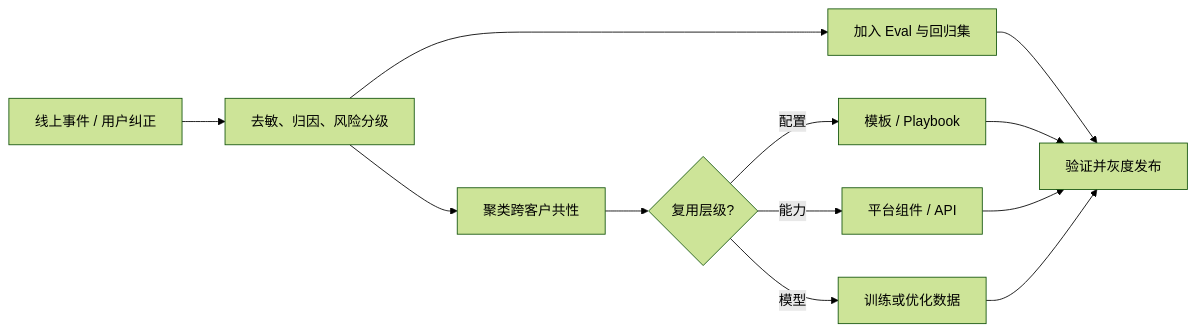
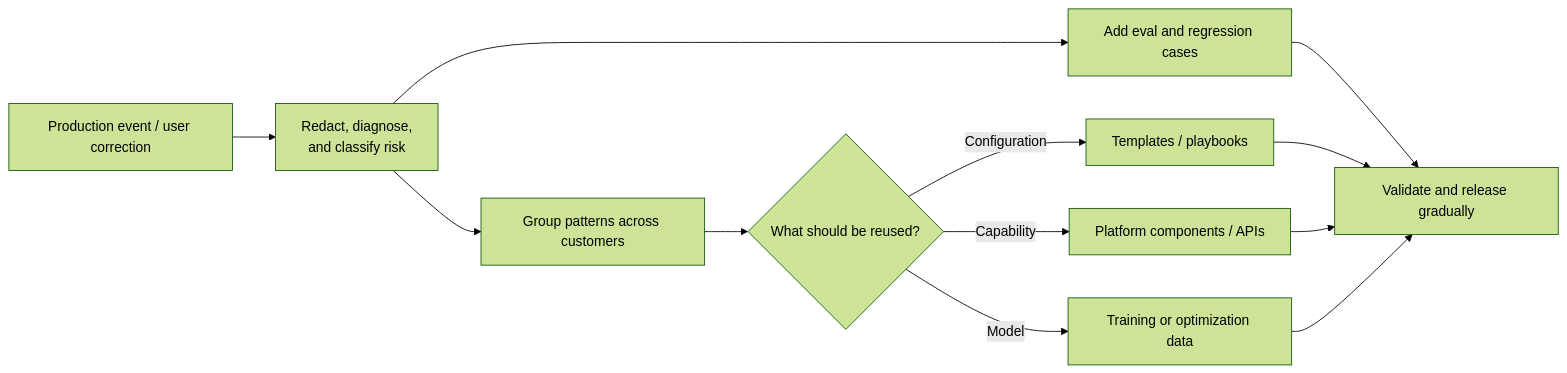
Before and after one commit to oneleaveknowsthefall/awesome-ai-roadmap: the fourth of 5 diagrams in docs/fde/01-foundations/01-forward-deployed-engineering.md, drawn with Mermaid (forest theme). The commit also changed other lines of this file and 82 other files, not shown here.

````diff
--- a/docs/fde/01-foundations/01-forward-deployed-engineering.md
+++ b/docs/fde/01-foundations/01-forward-deployed-engineering.md
@@ -257,14 +257,14 @@
 ```mermaid
 flowchart LR
-    EVENT["线上事件 / 用户纠正"] --> TRIAGE["去敏、归因、风险分级"]
-    TRIAGE --> EVAL["加入 Eval 与回归集"]
-    TRIAGE --> PATTERN["聚类跨客户共性"]
-    PATTERN --> DECIDE{"复用层级?"}
-    DECIDE -->|配置| TEMPLATE["模板 / Playbook"]
-    DECIDE -->|能力| PLATFORM["平台组件 / API"]
-    DECIDE -->|模型| DATA["训练或优化数据"]
-    EVAL --> RELEASE["验证并灰度发布"]
+    EVENT["Production event / user correction"] --> TRIAGE["Redact, diagnose,<br/>and classify risk"]
+    TRIAGE --> EVAL["Add eval and regression cases"]
+    TRIAGE --> PATTERN["Group patterns across customers"]
+    PATTERN --> DECIDE{"What should be reused?"}
+    DECIDE -->|Configuration| TEMPLATE["Templates / playbooks"]
+    DECIDE -->|Capability| PLATFORM["Platform components / APIs"]
+    DECIDE -->|Model| DATA["Training or optimization data"]
+    EVAL --> RELEASE["Validate and release gradually"]
     TEMPLATE --> RELEASE
     PLATFORM --> RELEASE
     DATA --> RELEASE
 ```
````
